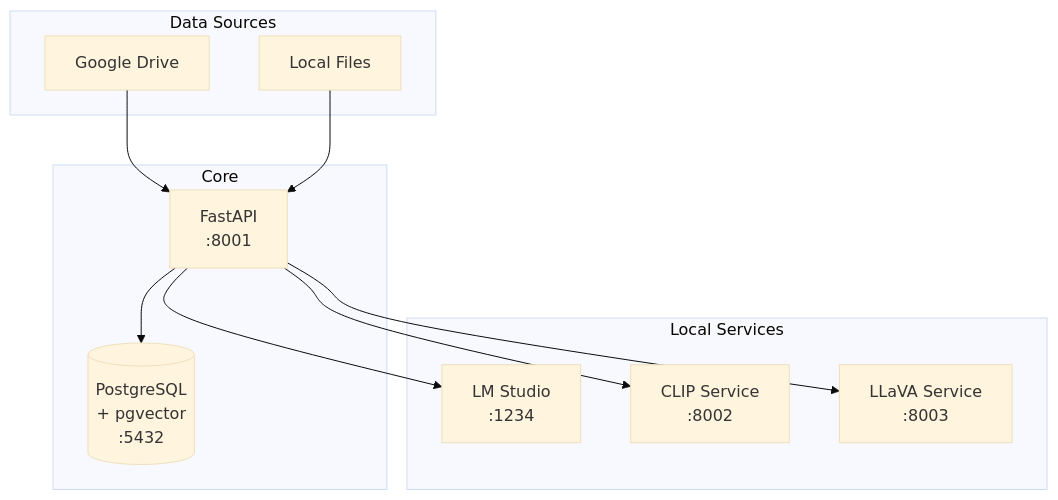
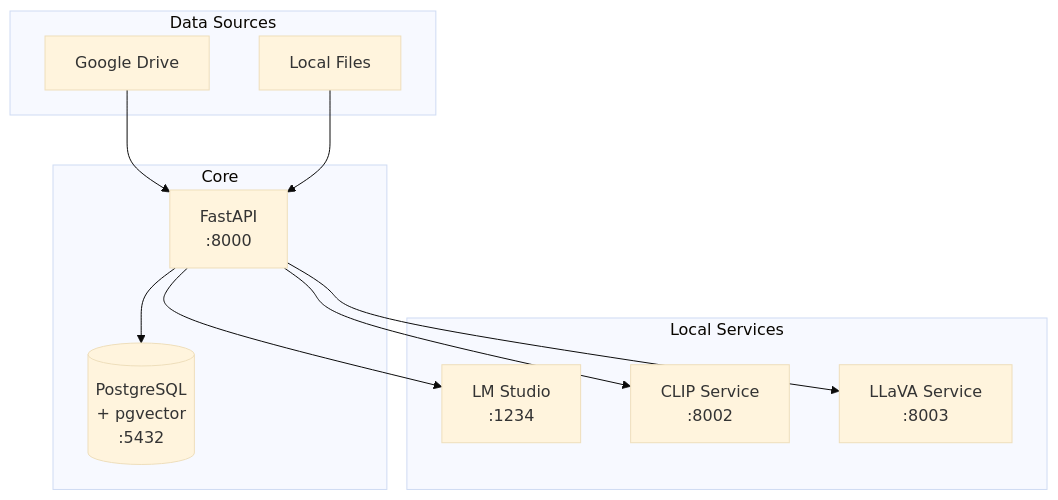
The diagram in README.md (raold/second-brain), drawn with Mermaid (base theme) before and after one commit. The commit also changed other lines of this file and 147 other files, not shown here.

````diff
--- a/README.md
+++ b/README.md
@@ -110,25 +102,25 @@
 ```mermaid
 graph TB
     subgraph "Local Services"
         LM[LM Studio<br/>:1234]
         CLIP[CLIP Service<br/>:8002]
         LLAVA[LLaVA Service<br/>:8003]
     end
     
     subgraph "Core"
-        API[FastAPI<br/>:8001]
+        API[FastAPI<br/>:8000]
         PG[(PostgreSQL<br/>+ pgvector<br/>:5432)]
     end
     
     subgraph "Data Sources"
         GD[Google Drive]
         LOCAL[Local Files]
     end
     
     API --> LM
     API --> CLIP
     API --> LLAVA
     API --> PG
     GD --> API
     LOCAL --> API
 ```
````
